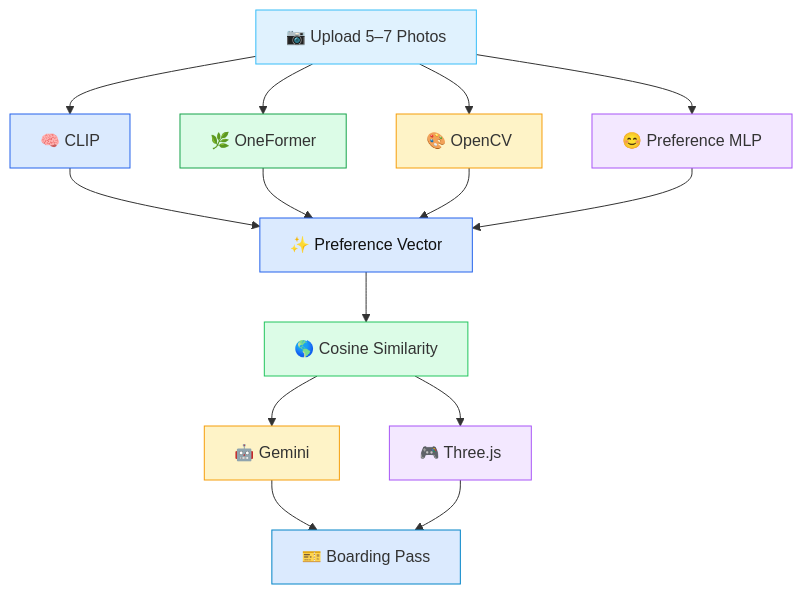
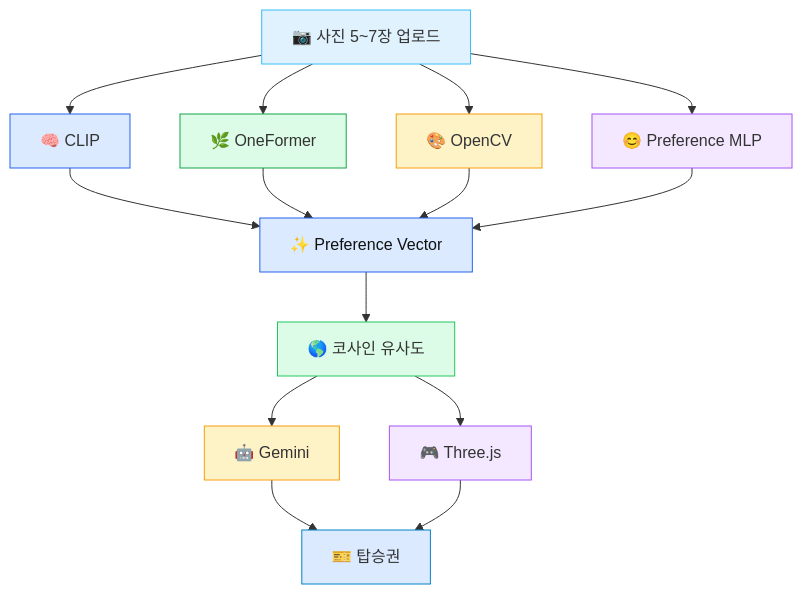
Before and after one commit to ysnni2/PhotoTrip: the diagram in README.md, drawn with Mermaid. The commit also changed other lines of this file, not shown here.

````diff
--- a/README.md
+++ b/README.md
@@ -356,36 +356,36 @@
 ```mermaid
 flowchart TD
 
-    A["📷 Upload 5–7 Photos"]
+    A["📷 사진 5~7장 업로드"]
 
     A --> B1["🧠 CLIP"]
     A --> B2["🌿 OneFormer"]
     A --> B3["🎨 OpenCV"]
     A --> B4["😊 Preference MLP"]
 
     B1 --> C["✨ Preference Vector"]
     B2 --> C
     B3 --> C
     B4 --> C
 
-    C --> D["🌎 Cosine Similarity"]
+    C --> D["🌎 코사인 유사도"]
 
     D --> E["🤖 Gemini"]
 
     D --> F["🎮 Three.js"]
 
-    E --> G["🎫 Boarding Pass"]
+    E --> G["🎫 탑승권"]
 
     F --> G
 
     style A fill:#E0F2FE,stroke:#38BDF8
     style B1 fill:#DBEAFE,stroke:#2563EB
     style B2 fill:#DCFCE7,stroke:#16A34A
     style B3 fill:#FEF3C7,stroke:#F59E0B
     style B4 fill:#F3E8FF,stroke:#A855F7
     style C fill:#DBEAFE,stroke:#2563EB,color:#111
     style D fill:#DCFCE7,stroke:#22C55E
     style E fill:#FEF3C7,stroke:#F59E0B
     style F fill:#F3E8FF,stroke:#A855F7
     style G fill:#DBEAFE,stroke:#0284C7
 ```
````
